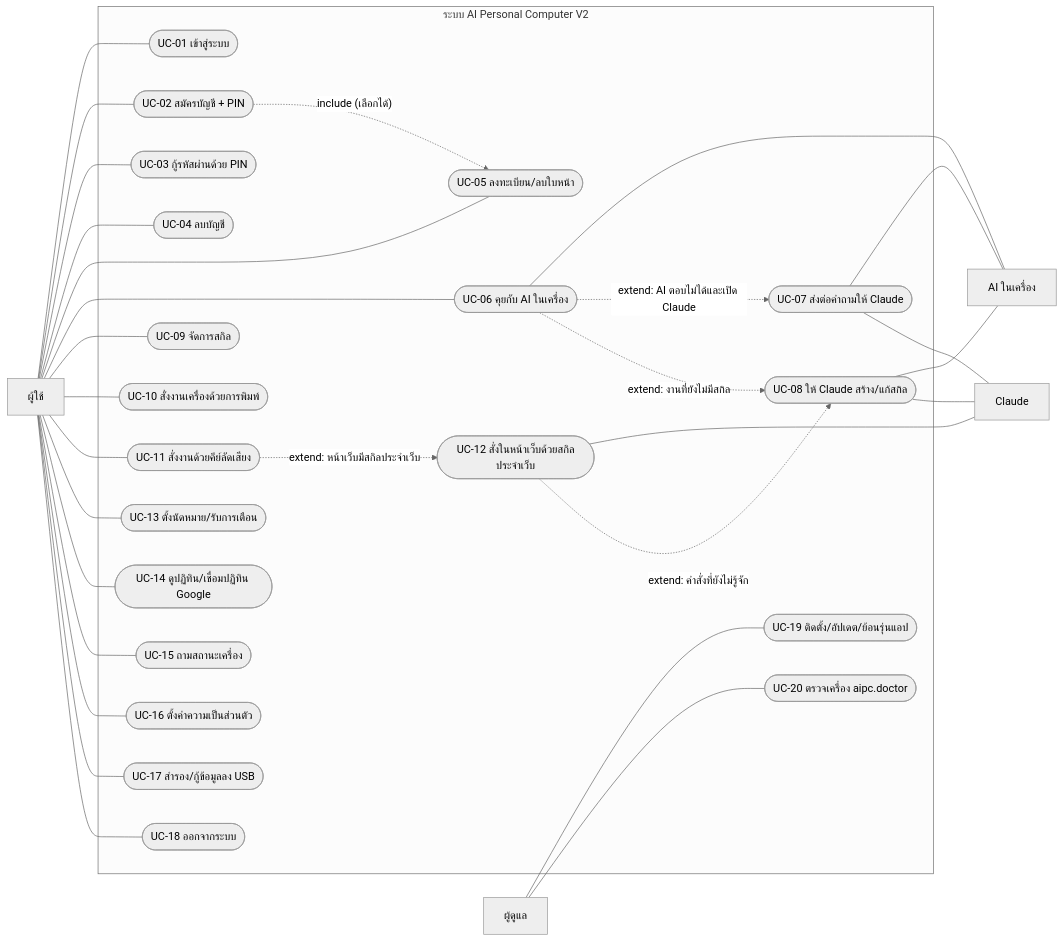
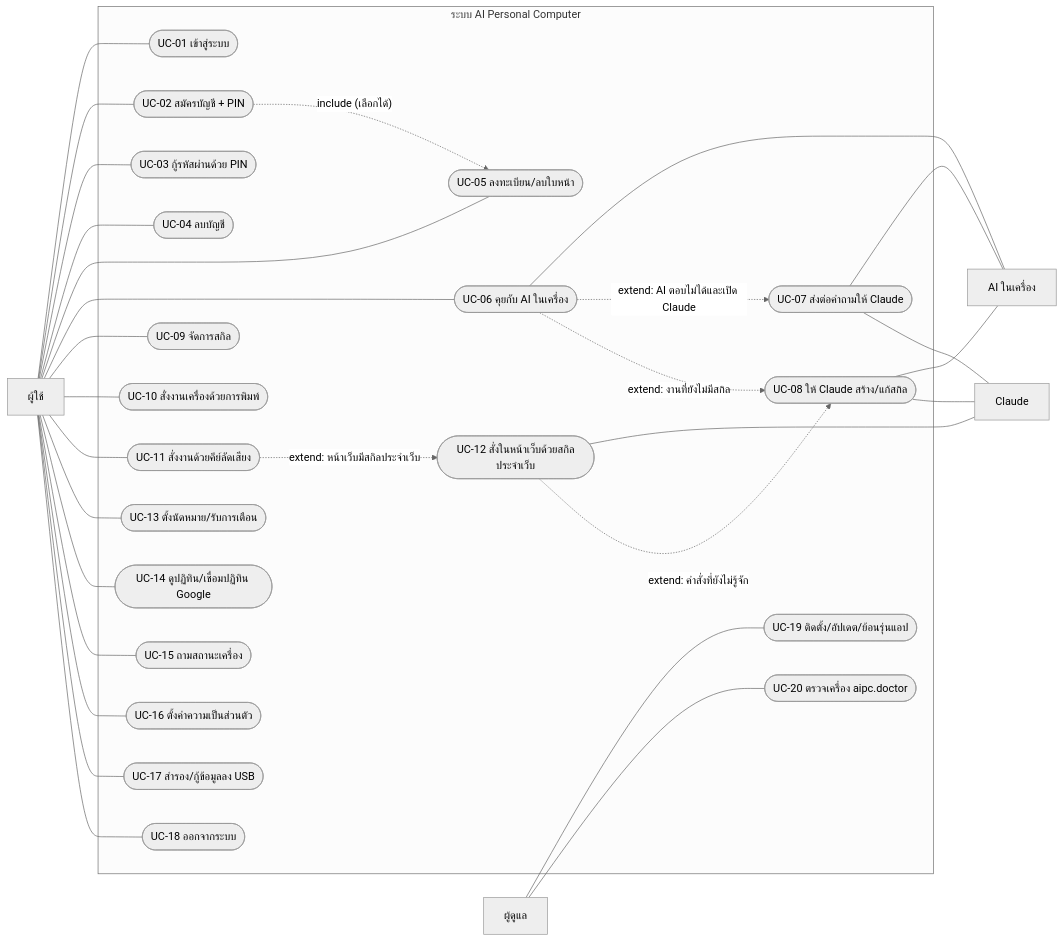
Before and after one commit to Pakon1847/ai-personal-computerV2: the first of 7 diagrams in docs/thesis/draft/ch4.md, drawn with Mermaid (neutral theme). The commit also changed other lines of this file and 4 other files, not shown here.

Commit message:
docs(thesis): ชื่อในเล่ม AI Personal Computer V2 → AI Personal Computer (Pakon 2026-10-26)

````diff
--- a/docs/thesis/draft/ch4.md
+++ b/docs/thesis/draft/ch4.md
@@ -200,43 +200,43 @@
 ```mermaid
 flowchart LR
     U["ผู้ใช้"]
     A["ผู้ดูแล"]
     L["AI ในเครื่อง"]
     C["Claude"]
-    subgraph SYS["ระบบ AI Personal Computer V2"]
+    subgraph SYS["ระบบ AI Personal Computer"]
         UC01(["UC-01 เข้าสู่ระบบ"])
         UC02(["UC-02 สมัครบัญชี + PIN"])
         UC03(["UC-03 กู้รหัสผ่านด้วย PIN"])
         UC04(["UC-04 ลบบัญชี"])
         UC05(["UC-05 ลงทะเบียน/ลบใบหน้า"])
         UC06(["UC-06 คุยกับ AI ในเครื่อง"])
         UC07(["UC-07 ส่งต่อคำถามให้ Claude"])
         UC08(["UC-08 ให้ Claude สร้าง/แก้สกิล"])
         UC09(["UC-09 จัดการสกิล"])
         UC10(["UC-10 สั่งงานเครื่องด้วยการพิมพ์"])
         UC11(["UC-11 สั่งงานด้วยคีย์ลัดเสียง"])
         UC12(["UC-12 สั่งในหน้าเว็บด้วยสกิลประจำเว็บ"])
         UC13(["UC-13 ตั้งนัดหมาย/รับการเตือน"])
         UC14(["UC-14 ดูปฏิทิน/เชื่อมปฏิทิน Google"])
         UC15(["UC-15 ถามสถานะเครื่อง"])
         UC16(["UC-16 ตั้งค่าความเป็นส่วนตัว"])
         UC17(["UC-17 สำรอง/กู้ข้อมูลลง USB"])
         UC18(["UC-18 ออกจากระบบ"])
         UC19(["UC-19 ติดตั้ง/อัปเดต/ย้อนรุ่นแอป"])
         UC20(["UC-20 ตรวจเครื่อง aipc.doctor"])
     end
     U --- UC01 & UC02 & UC03 & UC04 & UC05 & UC06 & UC09
     U --- UC10 & UC11 & UC13 & UC14 & UC15 & UC16 & UC17 & UC18
     A --- UC19 & UC20
     UC06 --- L
     UC07 --- L
     UC08 --- L
     UC07 --- C
     UC08 --- C
     UC12 --- C
     UC06 -. "extend: AI ตอบไม่ได้และเปิด Claude" .-> UC07
     UC06 -. "extend: งานที่ยังไม่มีสกิล" .-> UC08
     UC11 -. "extend: หน้าเว็บมีสกิลประจำเว็บ" .-> UC12
     UC12 -. "extend: คำสั่งที่ยังไม่รู้จัก" .-> UC08
     UC02 -. "include (เลือกได้)" .-> UC05
 ```
````
